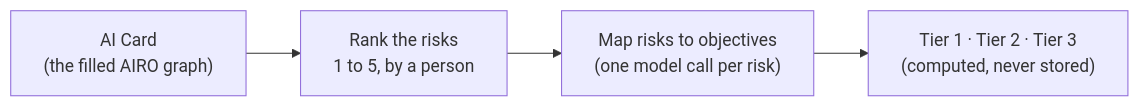
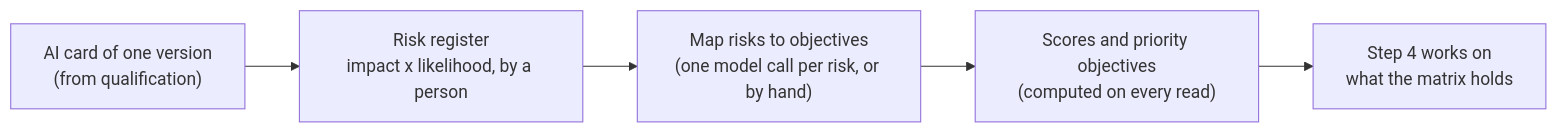
The diagram in README.md (lux-ai-factory/aisc-control-objectives), drawn with Mermaid before and after one commit. The commit also changed other lines of this file and 17 other files, not shown here.

````diff
--- a/README.md
+++ b/README.md
@@ -13,6 +25,7 @@
 ```mermaid
 flowchart LR
-    A["AI Card<br/>(the filled AIRO graph)"] --> B["Rank the risks<br/>1 to 5, by a person"]
-    B --> C["Map risks to objectives<br/>(one model call per risk)"]
-    C --> D["Tier 1 · Tier 2 · Tier 3<br/>(computed, never stored)"]
+    A["AI card of one version<br/>(from qualification)"] --> B["Risk register<br/>impact x likelihood, by a person"]
+    B --> C["Map risks to objectives<br/>(one model call per risk, or by hand)"]
+    C --> D["Scores and priority objectives<br/>(computed on every read)"]
+    D --> E["Step 4 works on<br/>what the matrix holds"]
 ```
````
